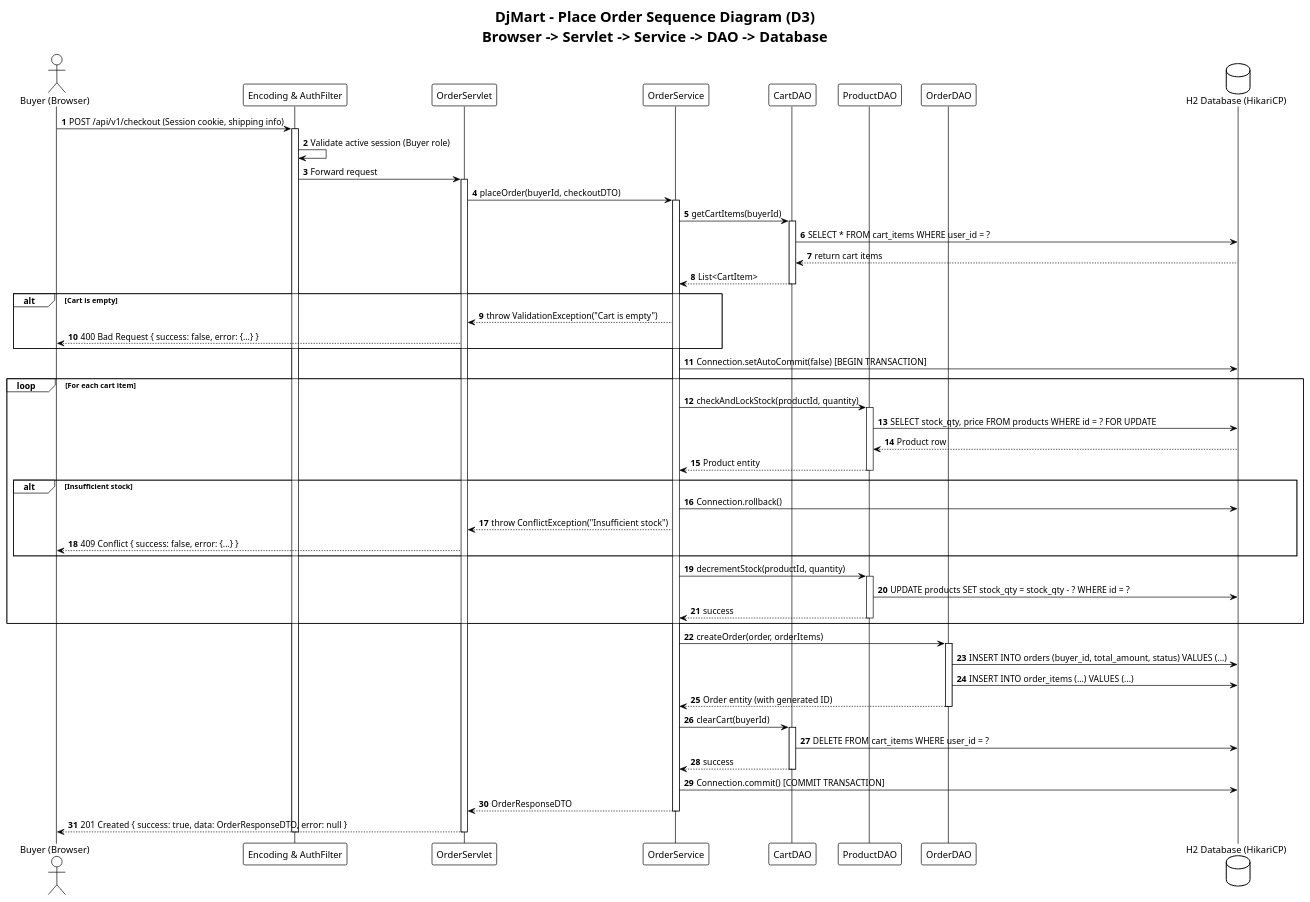
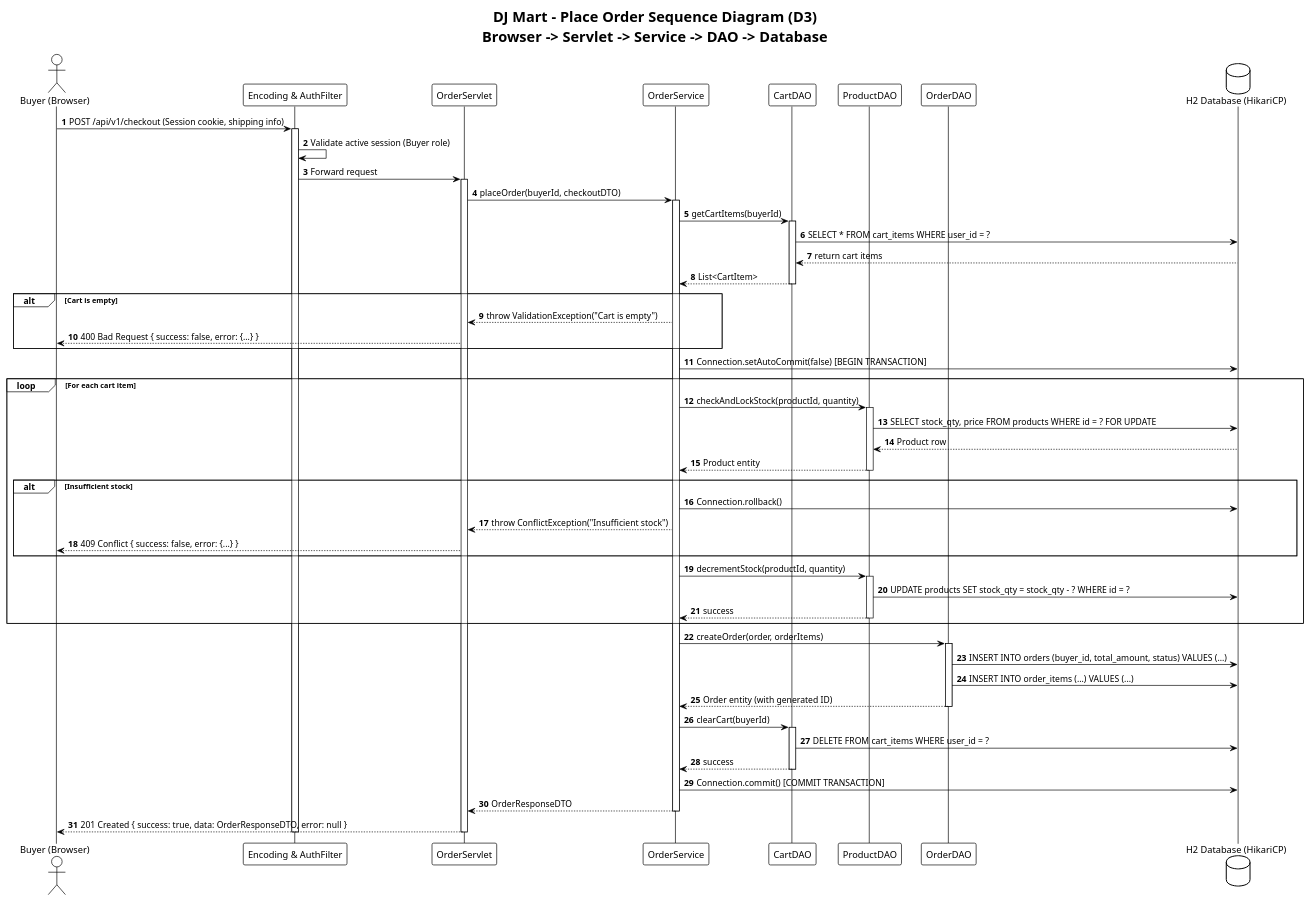
Before and after one commit to ravanan-666/Capstone: the diagram in docs/diagrams/D3_Sequence_Diagram.puml, drawn with PlantUML. The commit also changed 2734 other files, not shown here.

Commit message:
feat: complete DJ Mart modern marketplace, database-aware AI chatbot, 24-product catalog, and Docker/Render production config

```diff
--- a/docs/diagrams/D3_Sequence_Diagram.puml
+++ b/docs/diagrams/D3_Sequence_Diagram.puml
@@ -1,84 +1,84 @@
 @startuml
 !theme plain
 autonumber
 skinparam responseMessageBelowArrow true
 
-title DjMart - Place Order Sequence Diagram (D3)\nBrowser -> Servlet -> Service -> DAO -> Database
+title DJ Mart - Place Order Sequence Diagram (D3)\nBrowser -> Servlet -> Service -> DAO -> Database
 
 actor "Buyer (Browser)" as Browser
 participant "Encoding & AuthFilter" as Filter
 participant "OrderServlet" as Servlet
 participant "OrderService" as Service
 participant "CartDAO" as CartDAO
 participant "ProductDAO" as ProductDAO
 participant "OrderDAO" as OrderDAO
 database "H2 Database (HikariCP)" as DB
 
 Browser -> Filter : POST /api/v1/checkout (Session cookie, shipping info)
 activate Filter
 
 Filter -> Filter : Validate active session (Buyer role)
 Filter -> Servlet : Forward request
 activate Servlet
 
 Servlet -> Service : placeOrder(buyerId, checkoutDTO)
 activate Service
 
 Service -> CartDAO : getCartItems(buyerId)
 activate CartDAO
 CartDAO -> DB : SELECT * FROM cart_items WHERE user_id = ?
 DB --> CartDAO : return cart items
 CartDAO --> Service : List<CartItem>
 deactivate CartDAO
 
 alt Cart is empty
     Service --> Servlet : throw ValidationException("Cart is empty")
     Servlet --> Browser : 400 Bad Request { success: false, error: {...} }
 end
 
 Service -> DB : Connection.setAutoCommit(false) [BEGIN TRANSACTION]
 
 loop For each cart item
     Service -> ProductDAO : checkAndLockStock(productId, quantity)
     activate ProductDAO
     ProductDAO -> DB : SELECT stock_qty, price FROM products WHERE id = ? FOR UPDATE
     DB --> ProductDAO : Product row
     ProductDAO --> Service : Product entity
     deactivate ProductDAO
 
     alt Insufficient stock
         Service -> DB : Connection.rollback()
         Service --> Servlet : throw ConflictException("Insufficient stock")
         Servlet --> Browser : 409 Conflict { success: false, error: {...} }
     end
 
     Service -> ProductDAO : decrementStock(productId, quantity)
     activate ProductDAO
     ProductDAO -> DB : UPDATE products SET stock_qty = stock_qty - ? WHERE id = ?
     ProductDAO --> Service : success
     deactivate ProductDAO
 end
 
 Service -> OrderDAO : createOrder(order, orderItems)
 activate OrderDAO
 OrderDAO -> DB : INSERT INTO orders (buyer_id, total_amount, status) VALUES (...)
 OrderDAO -> DB : INSERT INTO order_items (...) VALUES (...)
 OrderDAO --> Service : Order entity (with generated ID)
 deactivate OrderDAO
 
 Service -> CartDAO : clearCart(buyerId)
 activate CartDAO
 CartDAO -> DB : DELETE FROM cart_items WHERE user_id = ?
 CartDAO --> Service : success
 deactivate CartDAO
 
 Service -> DB : Connection.commit() [COMMIT TRANSACTION]
 
 Service --> Servlet : OrderResponseDTO
 deactivate Service
 
 Servlet --> Browser : 201 Created { success: true, data: OrderResponseDTO, error: null }
 deactivate Servlet
 deactivate Filter
 
 @enduml
```
